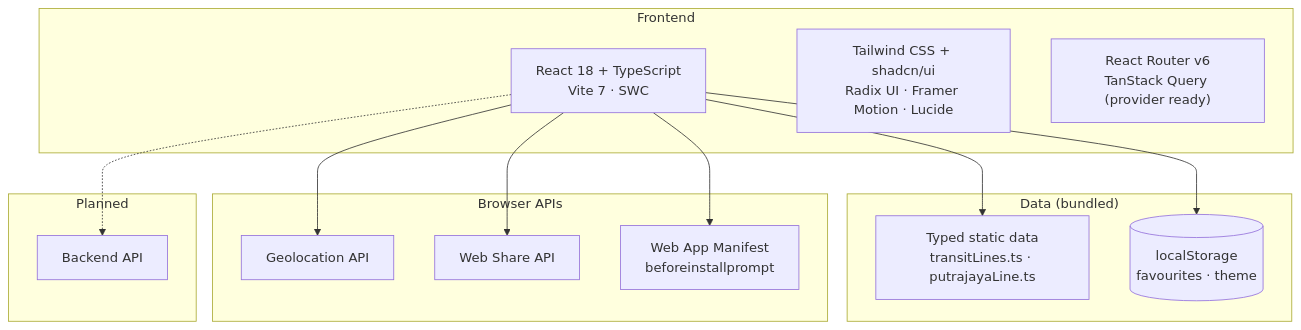
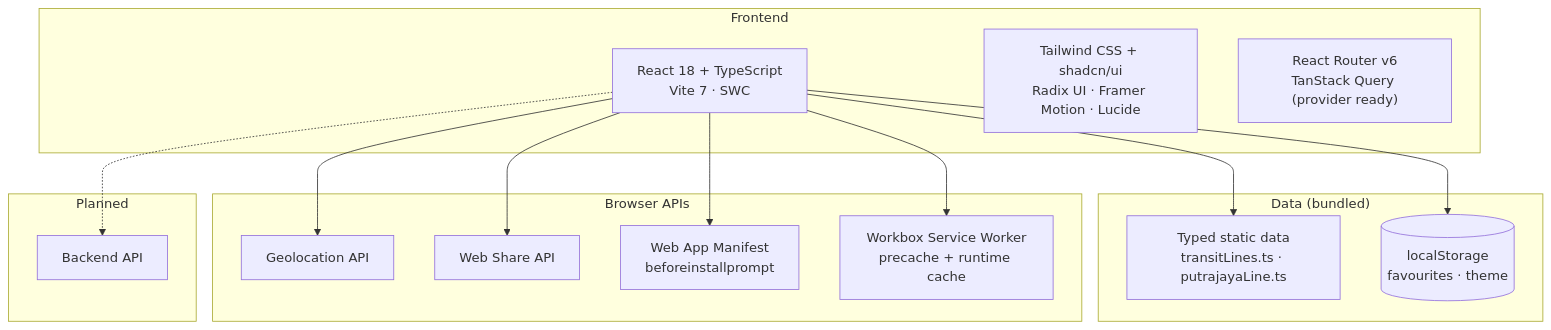
The first of 12 diagrams in portfolio-react/public/docs/jalanluhh.md (snsyaqirah/snsyaqirah.github.io), drawn with Mermaid before and after one commit. The commit also changed other lines of this file and 8 other files, not shown here.

````diff
--- a/portfolio-react/public/docs/jalanluhh.md
+++ b/portfolio-react/public/docs/jalanluhh.md
@@ -81,26 +81,28 @@
 ```mermaid
 graph TD
     subgraph Frontend
         FE["React 18 + TypeScript<br/>Vite 7 · SWC"]
         UI["Tailwind CSS + shadcn/ui<br/>Radix UI · Framer Motion · Lucide"]
         RT["React Router v6<br/>TanStack Query (provider ready)"]
     end
     subgraph Data["Data (bundled)"]
         TD["Typed static data<br/>transitLines.ts · putrajayaLine.ts"]
         LS[("localStorage<br/>favourites · theme")]
     end
     subgraph Browser["Browser APIs"]
         GEO["Geolocation API"]
         SHARE["Web Share API"]
         PWA["Web App Manifest<br/>beforeinstallprompt"]
+        SW["Workbox Service Worker<br/>precache + runtime cache"]
     end
     subgraph Planned["Planned"]
         BE["Backend API"]
     end
     FE --> TD
     FE --> LS
     FE --> GEO
     FE --> SHARE
     FE --> PWA
+    FE --> SW
     FE -.-> BE
 ```
````
